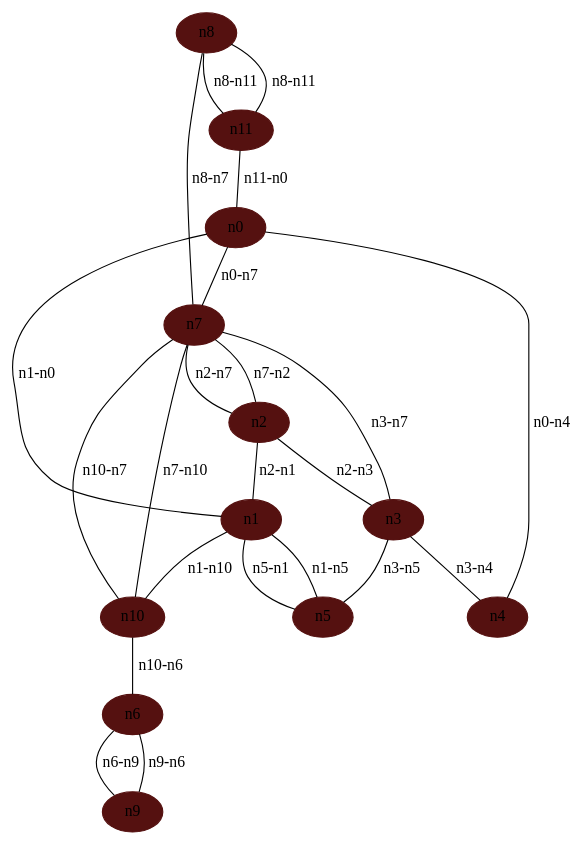
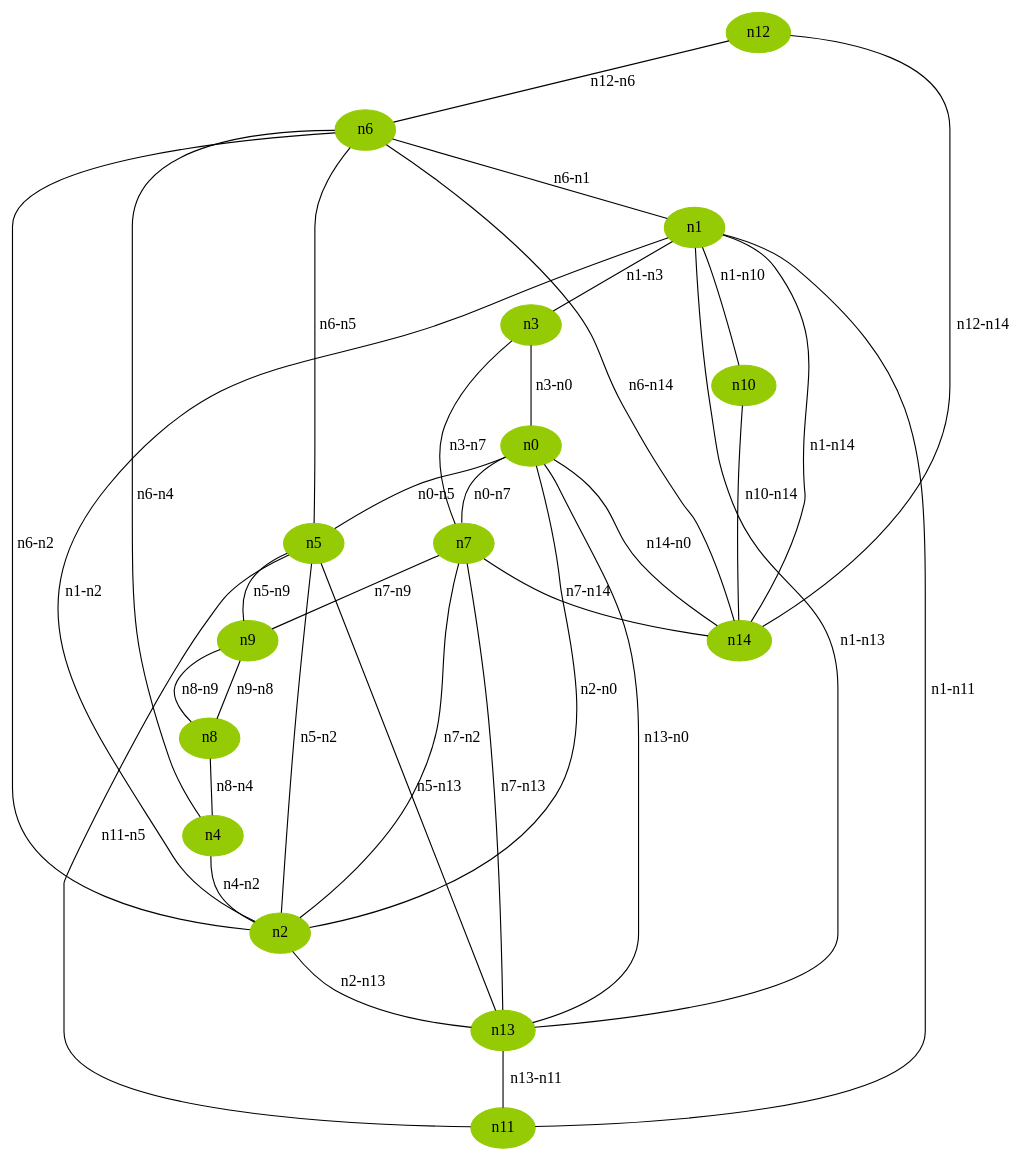
One commit to mLavacca/graph-creator changed the diagram in exp_graphs/depGraph1.dot. Above: the diagram before and after it, drawn with Graphviz. The commit also changed 4 other files, not shown here.

Commit message:
exp-graphs added

```diff
--- a/exp_graphs/depGraph1.dot
+++ b/exp_graphs/depGraph1.dot
@@ -1,37 +1,53 @@
 graph{
-	node[style="filled", color="#551110"]
-	0[label="cpuOffloading - request:286.67 - limit:356.17", label="n0"];
-	1[label="cpuOffloading - request:177.17 - limit:357.47", label="n1"];
-	2[label="cpuOffloading - request:54.93 - limit:156.75", label="n2"];
-	3[label="cpuOffloading - request:177.02 - limit:210.20", label="n3"];
-	4[label="cpuOffloading - request:275.15 - limit:338.01", label="n4"];
-	5[label="cpuOffloading - request:200.88 - limit:309.43", label="n5"];
-	6[label="cpuOffloading - request:201.87 - limit:219.39", label="n6"];
-	7[label="cpuOffloading - request:175.28 - limit:279.00", label="n7"];
-	8[label="cpuOffloading - request:254.72 - limit:308.91", label="n8"];
-	9[label="cpuOffloading - request:175.05 - limit:287.70", label="n9"];
-	10[label="cpuOffloading - request:86.05 - limit:196.14", label="n10"];
-	11[label="cpuOffloading - request:134.06 - limit:270.85", label="n11"];
-	3 -- 7[label="latency - value:12.60", label="n3-n7"];
-	1 -- 5[label="latency - value:11.75", label="n1-n5"];
-	10 -- 6[label="latency - value:20.21", label="n10-n6"];
-	7 -- 2[label="latency - value:27.15", label="n7-n2"];
-	1 -- 10[label="latency - value:18.11", label="n1-n10"];
-	8 -- 11[label="latency - value:21.14", label="n8-n11"];
-	0 -- 7[label="latency - value:12.34", label="n0-n7"];
-	10 -- 7[label="latency - value:17.62", label="n10-n7"];
-	3 -- 5[label="latency - value:8.84", label="n3-n5"];
-	6 -- 9[label="latency - value:18.81", label="n6-n9"];
-	11 -- 0[label="latency - value:8.58", label="n11-n0"];
-	7 -- 10[label="latency - value:14.78", label="n7-n10"];
-	8 -- 11[label="latency - value:26.90", label="n8-n11"];
-	2 -- 7[label="latency - value:11.67", label="n2-n7"];
-	8 -- 7[label="latency - value:23.35", label="n8-n7"];
-	9 -- 6[label="latency - value:24.43", label="n9-n6"];
-	0 -- 4[label="latency - value:12.11", label="n0-n4"];
-	2 -- 1[label="latency - value:12.00", label="n2-n1"];
-	2 -- 3[label="latency - value:9.09", label="n2-n3"];
-	5 -- 1[label="latency - value:26.14", label="n5-n1"];
-	3 -- 4[label="latency - value:14.78", label="n3-n4"];
-	1 -- 0[label="latency - value:10.38", label="n1-n0"];
+	node[style="filled", color="#94CB04"]
+	0[label="cpuOffloading - request:223.41 - limit:387.60", label="n0"];
+	1[label="cpuOffloading - request:390.29 - limit:397.68", label="n1"];
+	2[label="cpuOffloading - request:450.06 - limit:424.82", label="n2"];
+	3[label="cpuOffloading - request:344.23 - limit:362.52", label="n3"];
+	4[label="cpuOffloading - request:376.15 - limit:386.57", label="n4"];
+	5[label="cpuOffloading - request:731.45 - limit:506.90", label="n5"];
+	6[label="cpuOffloading - request:732.40 - limit:575.51", label="n6"];
+	7[label="cpuOffloading - request:409.96 - limit:409.27", label="n7"];
+	8[label="cpuOffloading - request:592.71 - limit:473.99", label="n8"];
+	9[label="cpuOffloading - request:174.07 - limit:331.32", label="n9"];
+	10[label="cpuOffloading - request:710.91 - limit:609.06", label="n10"];
+	11[label="cpuOffloading - request:487.87 - limit:435.59", label="n11"];
+	12[label="cpuOffloading - request:692.05 - limit:578.12", label="n12"];
+	13[label="cpuOffloading - request:581.45 - limit:516.51", label="n13"];
+	14[label="cpuOffloading - request:193.84 - limit:299.48", label="n14"];
+	13 -- 11[label="latency - value:8.63", label="n13-n11"];
+	7 -- 2[label="latency - value:12.72", label="n7-n2"];
+	2 -- 13[label="latency - value:11.19", label="n2-n13"];
+	0 -- 7[label="latency - value:21.49", label="n0-n7"];
+	13 -- 0[label="latency - value:35.78", label="n13-n0"];
+	6 -- 2[label="latency - value:16.13", label="n6-n2"];
+	4 -- 2[label="latency - value:28.33", label="n4-n2"];
+	14 -- 0[label="latency - value:13.22", label="n14-n0"];
+	8 -- 9[label="latency - value:12.24", label="n8-n9"];
+	6 -- 14[label="latency - value:39.32", label="n6-n14"];
+	1 -- 2[label="latency - value:36.36", label="n1-n2"];
+	7 -- 14[label="latency - value:30.98", label="n7-n14"];
+	1 -- 14[label="latency - value:49.82", label="n1-n14"];
+	9 -- 8[label="latency - value:47.91", label="n9-n8"];
+	6 -- 5[label="latency - value:32.55", label="n6-n5"];
+	5 -- 9[label="latency - value:15.28", label="n5-n9"];
+	7 -- 9[label="latency - value:44.94", label="n7-n9"];
+	1 -- 3[label="latency - value:9.24", label="n1-n3"];
+	11 -- 5[label="latency - value:8.91", label="n11-n5"];
+	12 -- 14[label="latency - value:40.88", label="n12-n14"];
+	7 -- 13[label="latency - value:13.98", label="n7-n13"];
+	8 -- 4[label="latency - value:13.06", label="n8-n4"];
+	5 -- 2[label="latency - value:49.51", label="n5-n2"];
+	5 -- 13[label="latency - value:34.36", label="n5-n13"];
+	10 -- 14[label="latency - value:12.68", label="n10-n14"];
+	6 -- 1[label="latency - value:24.63", label="n6-n1"];
+	1 -- 11[label="latency - value:10.90", label="n1-n11"];
+	12 -- 6[label="latency - value:33.47", label="n12-n6"];
+	1 -- 13[label="latency - value:28.87", label="n1-n13"];
+	3 -- 0[label="latency - value:16.64", label="n3-n0"];
+	1 -- 10[label="latency - value:20.26", label="n1-n10"];
+	6 -- 4[label="latency - value:39.06", label="n6-n4"];
+	3 -- 7[label="latency - value:28.17", label="n3-n7"];
+	0 -- 5[label="latency - value:18.84", label="n0-n5"];
+	2 -- 0[label="latency - value:25.01", label="n2-n0"];
 }
```
